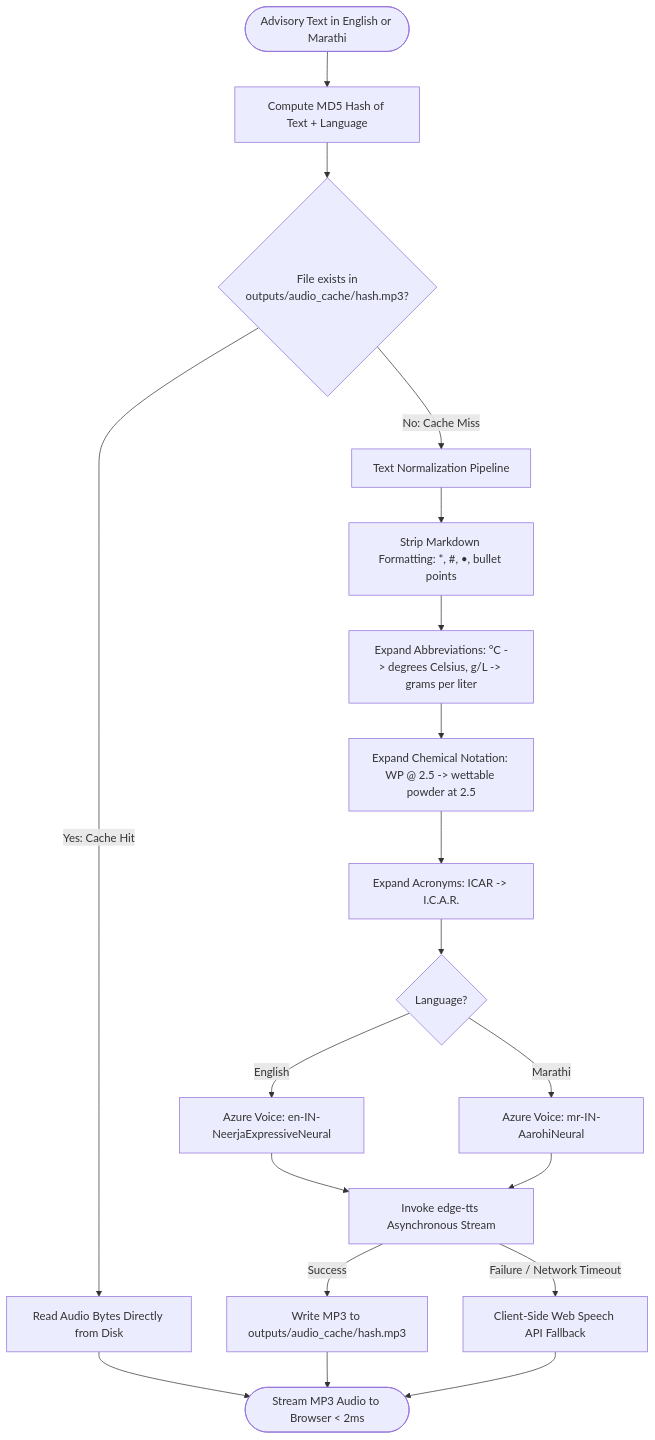
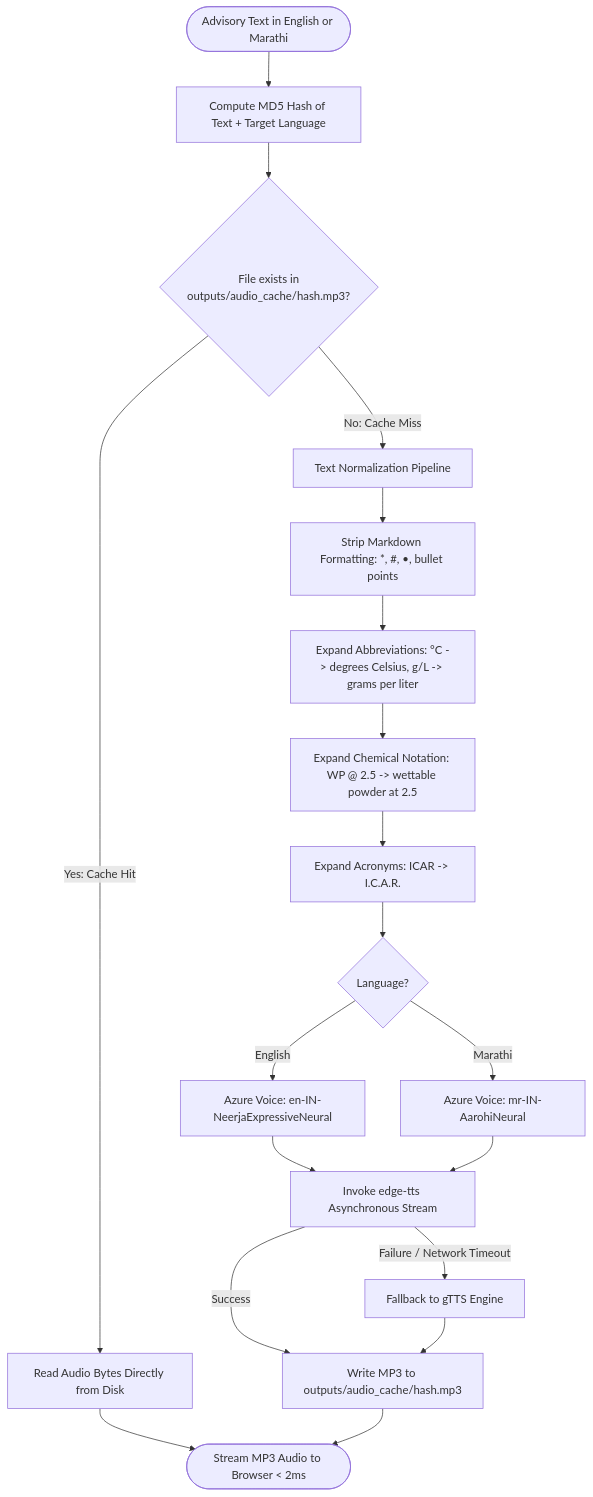
One commit to karankarpe22/AI-Agriculture-Disease-Detection-Assistant changed the fifth of 5 diagrams in docs/FLOWCHART.md. Above: the diagram before and after it, drawn with Mermaid. The commit also changed other lines of this file and 24 other files, not shown here.

````diff
--- a/docs/FLOWCHART.md
+++ b/docs/FLOWCHART.md
@@ -171,29 +187,29 @@
 ```mermaid
 flowchart TD
-    InputText([Advisory Text in English or Marathi]) --> Hash[Compute MD5 Hash of Text + Language]
+    InputText([Advisory Text in English or Marathi]) --> Hash[Compute MD5 Hash of Text + Target Language]
     
     Hash --> CheckDisk{File exists in<br/>outputs/audio_cache/hash.mp3?}
     
     CheckDisk -->|Yes: Cache Hit| ReadFile[Read Audio Bytes Directly from Disk]
     ReadFile --> StreamAudio([Stream MP3 Audio to Browser < 2ms])
     
     CheckDisk -->|No: Cache Miss| CleanText[Text Normalization Pipeline]
     
     CleanText --> Step1[Strip Markdown Formatting: *, #, •, bullet points]
     Step1 --> Step2[Expand Abbreviations: °C -> degrees Celsius, g/L -> grams per liter]
     Step2 --> Step3[Expand Chemical Notation: WP @ 2.5 -> wettable powder at 2.5]
     Step3 --> Step4[Expand Acronyms: ICAR -> I.C.A.R.]
     
     Step4 --> VoiceSelect{Language?}
     VoiceSelect -->|English| VoiceEN[Azure Voice: en-IN-NeerjaExpressiveNeural]
     VoiceSelect -->|Marathi| VoiceMR[Azure Voice: mr-IN-AarohiNeural]
     
     VoiceEN --> CallEdge[Invoke edge-tts Asynchronous Stream]
     VoiceMR --> CallEdge
     
     CallEdge -->|Success| SaveDisk[Write MP3 to outputs/audio_cache/hash.mp3]
     SaveDisk --> StreamAudio
     
-    CallEdge -->|Failure / Network Timeout| FallbackBrowser[Client-Side Web Speech API Fallback]
-    FallbackBrowser --> StreamAudio
+    CallEdge -->|Failure / Network Timeout| FallbackgTTS[Fallback to gTTS Engine]
+    FallbackgTTS --> SaveDisk
 ```
````
